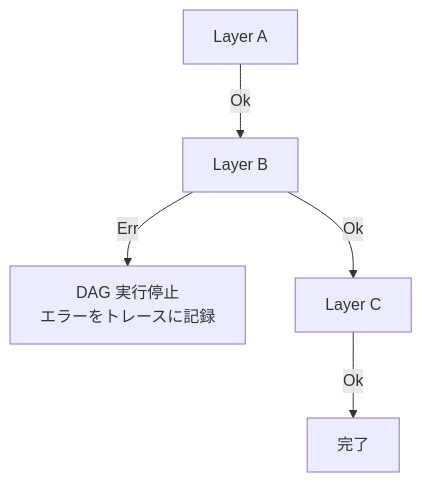
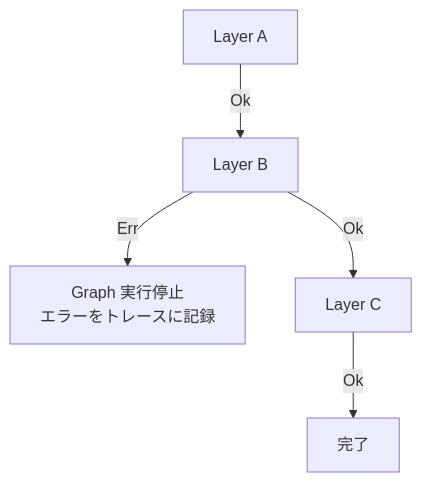
The third of 3 diagrams in docs/design/data-flow.md (smartcrabai/smartcrab), drawn with Mermaid before and after one commit. The commit also changed other lines of this file and 31 other files, not shown here.

````diff
--- a/docs/design/data-flow.md
+++ b/docs/design/data-flow.md
@@ -107,7 +107,7 @@
 ```mermaid
 flowchart TD
     A[Layer A] -->|Ok| B[Layer B]
-    B -->|Err| Stop["DAG 実行停止<br/>エラーをトレースに記録"]
+    B -->|Err| Stop["Graph 実行停止<br/>エラーをトレースに記録"]
     B -->|Ok| C[Layer C]
     C -->|Ok| Done["完了"]
 ```
````
